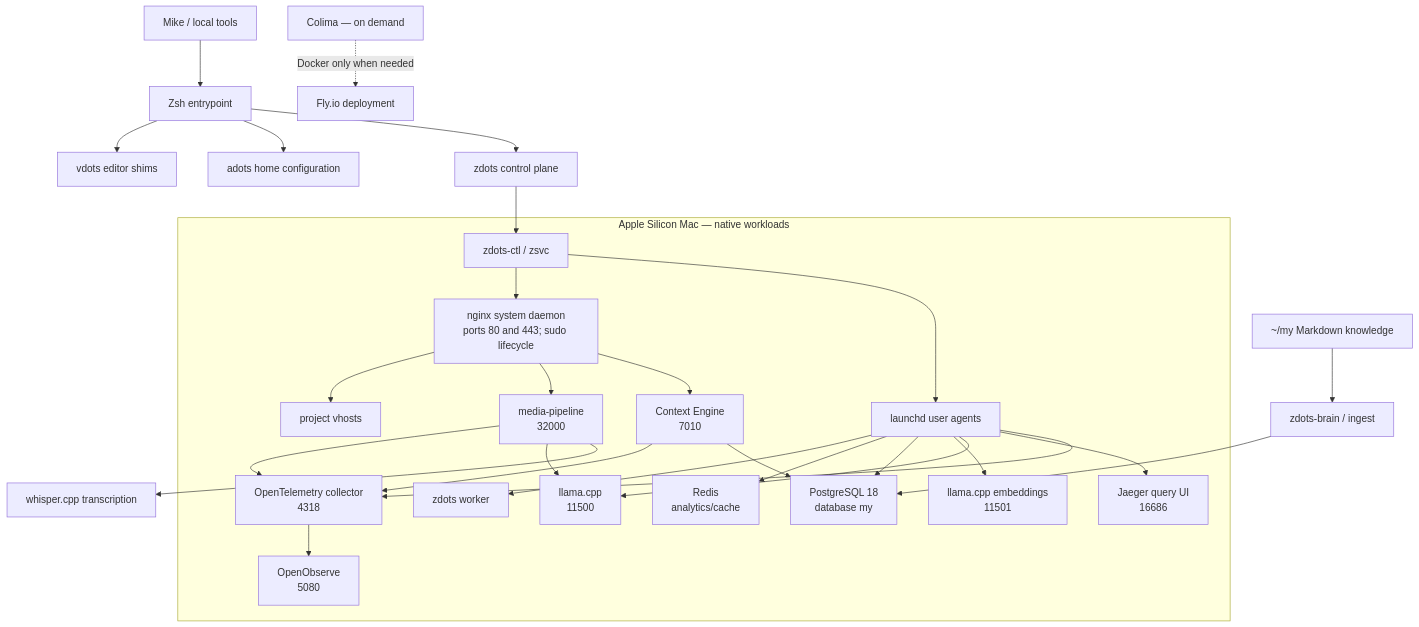
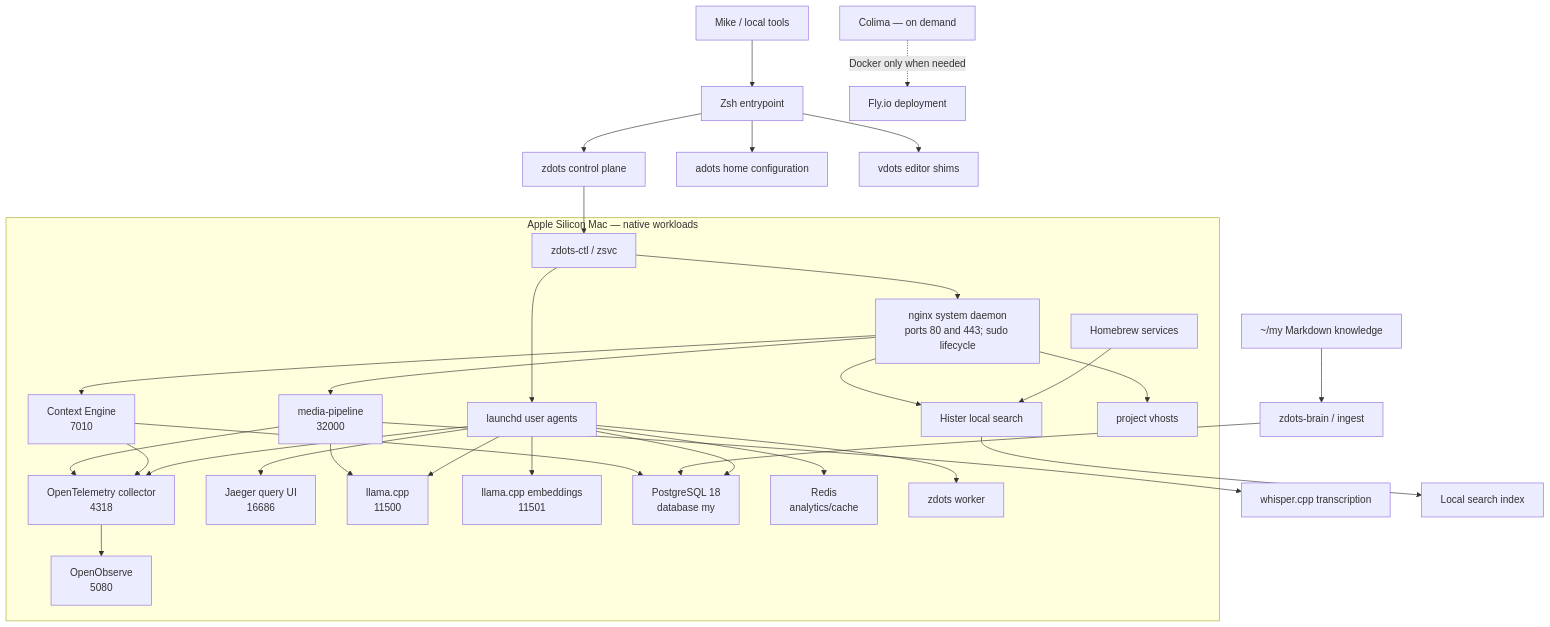
The first of 3 diagrams in docs/platform-map.md (just3ws/zdots), drawn with Mermaid before and after one commit. The commit also changed other lines of this file and 3 other files, not shown here.

````diff
--- a/docs/platform-map.md
+++ b/docs/platform-map.md
@@ -24,33 +28,36 @@
 ```mermaid
 flowchart TB
     Operator[Mike / local tools] --> Shell[Zsh entrypoint]
     Shell --> Zdots[zdots control plane]
     Shell --> Adots[adots home configuration]
     Shell --> Vdots[vdots editor shims]
     Zdots --> Ctl[zdots-ctl / zsvc]
 
     subgraph Host[Apple Silicon Mac — native workloads]
         Ctl --> Launchd[launchd user agents]
         Ctl --> Nginx[nginx system daemon<br/>ports 80 and 443; sudo lifecycle]
         Launchd --> OTel[OpenTelemetry collector<br/>4318]
         OTel --> O2[OpenObserve<br/>5080]
         Launchd --> Jaeger[Jaeger query UI<br/>16686]
         Launchd --> Llama[llama.cpp<br/>11500]
         Launchd --> Embed[llama.cpp embeddings<br/>11501]
         Launchd --> PG[PostgreSQL 18<br/>database my]
         Launchd --> Redis[Redis<br/>analytics/cache]
-        Launchd --> Worker[zdots worker]
+    Launchd --> Worker[zdots worker]
+    BrewServices[Homebrew services] --> Hister[Hister local search]
         Nginx --> Context[Context Engine<br/>7010]
         Nginx --> Media[media-pipeline<br/>32000]
+        Nginx --> Hister
         Nginx --> Projects[project vhosts]
     end
 
     Knowledge[~/my Markdown knowledge] --> Brain[zdots-brain / ingest]
     Brain --> PG
     Context --> PG
     Media --> Whisper[whisper.cpp transcription]
     Media --> Llama
     Context --> OTel
     Media --> OTel
     Colima[Colima — on demand] -. Docker only when needed .-> Fly[Fly.io deployment]
+    Hister --> SearchIndex[Local search index]
 ```
````
